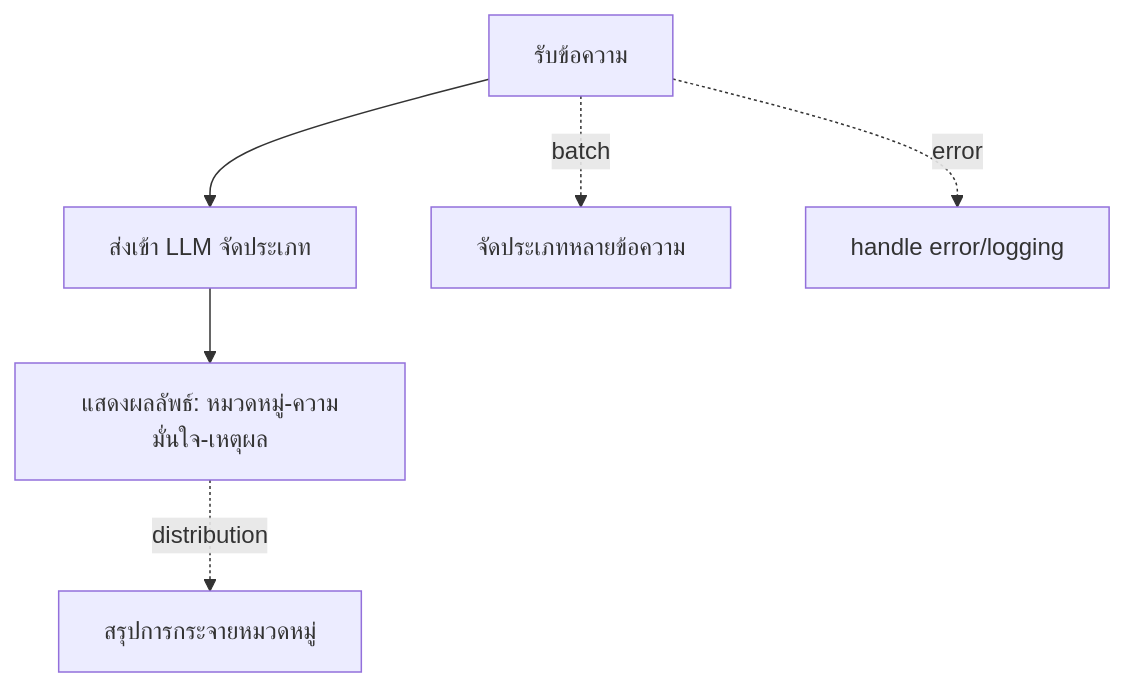
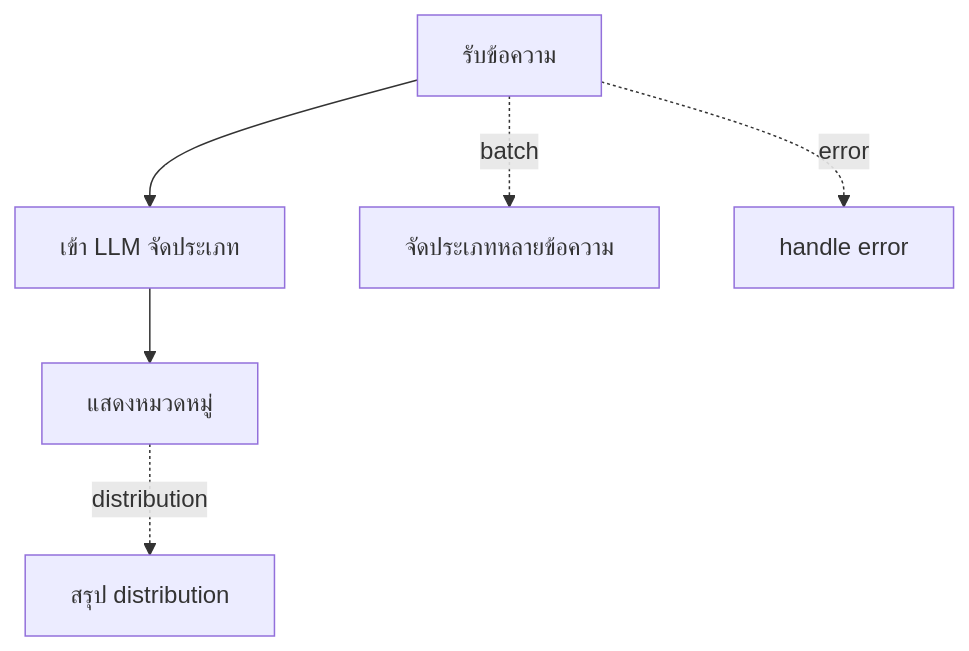
One commit to JonusNattapong/LangChainOllama changed the tenth of 16 diagrams in README.md. Above: the diagram before and after it, drawn with Mermaid. The commit also changed other lines of this file, not shown here.

Commit message:
refactor: Simplify and clarify flow diagrams in README for better readability

````diff
--- a/README.md
+++ b/README.md
@@ -448,8 +448,8 @@
 ```mermaid
 graph TD
-    A[รับข้อความ] --> B[ส่งเข้า LLM จัดประเภท]
-    B --> C[แสดงผลลัพธ์: หมวดหมู่-ความมั่นใจ-เหตุผล]
+    A[รับข้อความ] --> B[เข้า LLM จัดประเภท]
+    B --> C[แสดงหมวดหมู่]
     A -. batch .-> D[จัดประเภทหลายข้อความ]
-    C -. distribution .-> E[สรุปการกระจายหมวดหมู่]
-    A -. error .-> F[handle error/logging]
+    C -. distribution .-> E[สรุป distribution]
+    A -. error .-> F[handle error]
 ```
````
